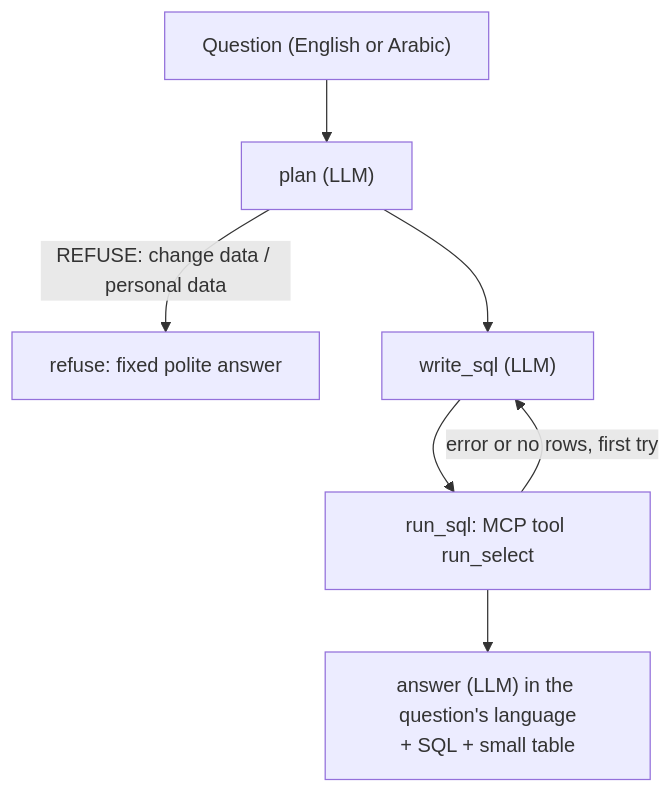
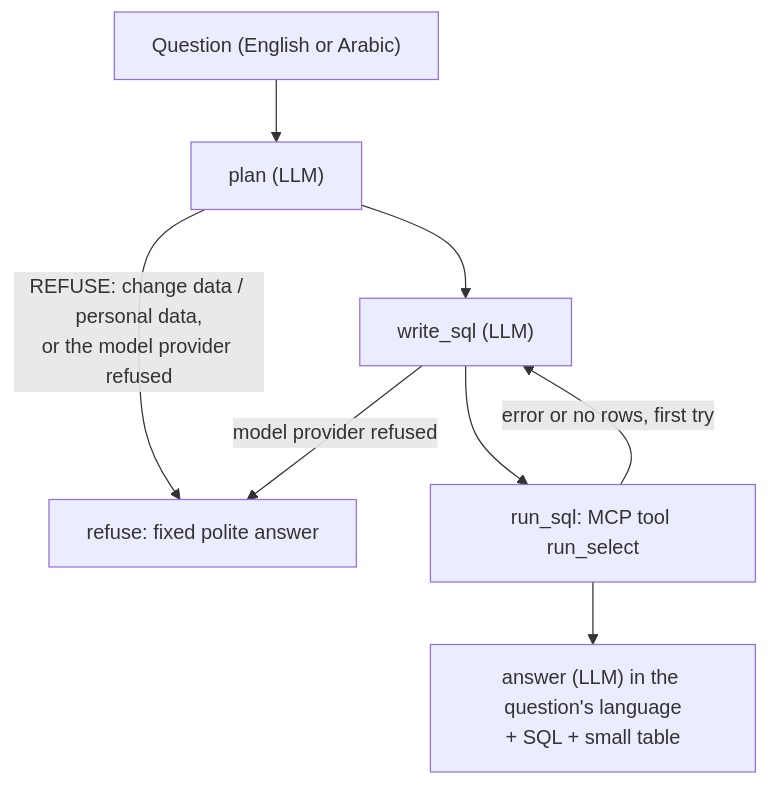
The second of 2 diagrams in docs/architecture.md (sara-hebbadj/mcp-shop-data-agent), drawn with Mermaid before and after one commit. The commit also changed 40 other files, not shown here.

````diff
--- a/docs/architecture.md
+++ b/docs/architecture.md
@@ -51,9 +51,10 @@
 ```mermaid
 flowchart TD
     Q["Question (English or Arabic)"] --> P["plan (LLM)"]
-    P -- "REFUSE: change data / personal data" --> R["refuse: fixed polite answer"]
+    P -- "REFUSE: change data / personal data,<br/>or the model provider refused" --> R["refuse: fixed polite answer"]
     P --> W["write_sql (LLM)"]
+    W -- "model provider refused" --> R
     W --> X["run_sql: MCP tool run_select"]
     X -- "error or no rows, first try" --> W
     X --> A["answer (LLM) in the question's language<br/>+ SQL + small table"]
 ```
````
